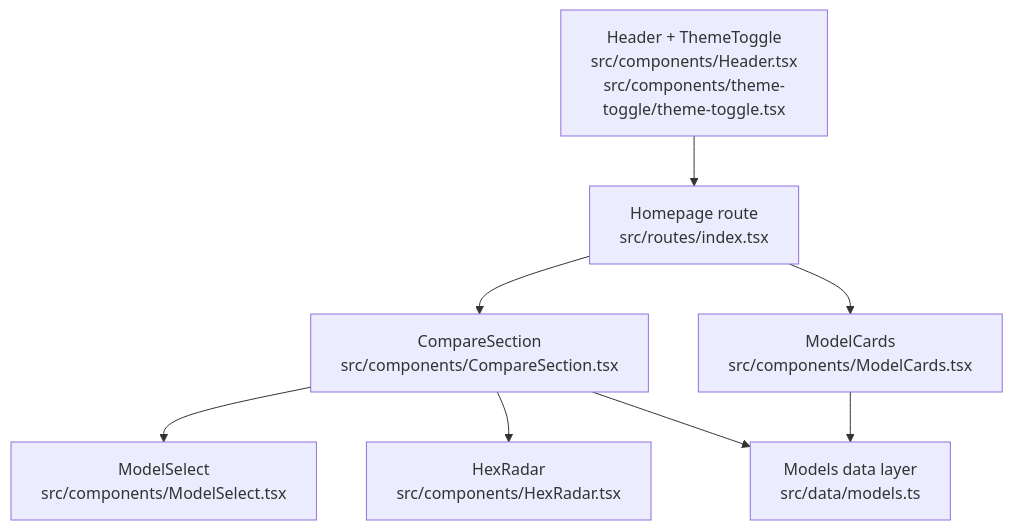
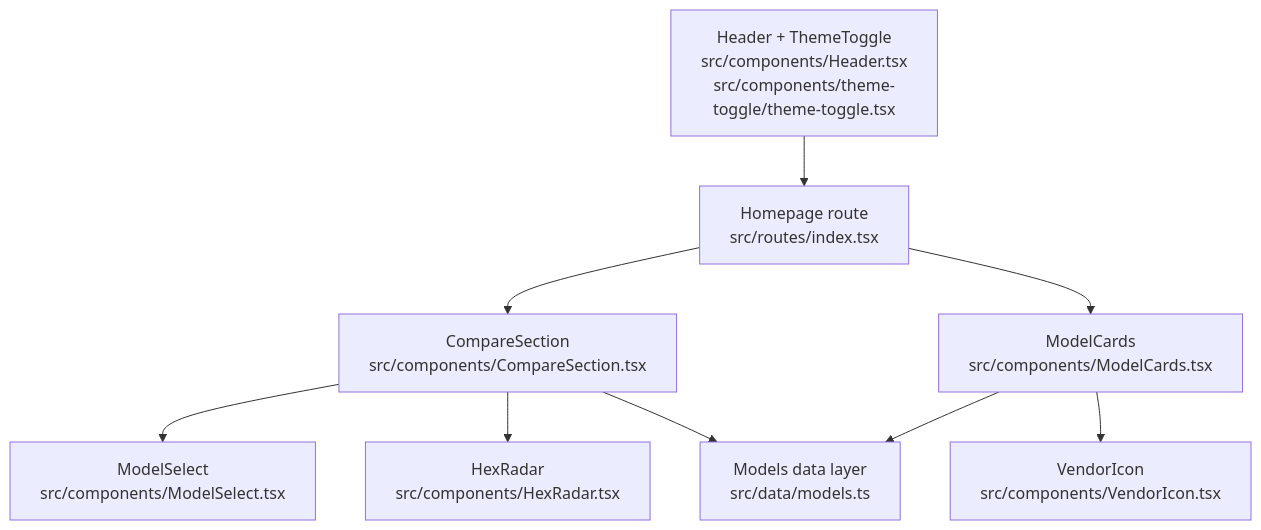
The first of 5 diagrams in .qoder/repowiki/en/content/User Interface Components/User Interface Components.md (delirium-dj/modelcomp), drawn with Mermaid before and after one commit. The commit also changed other lines of this file and 141 other files, not shown here.

````diff
--- a/.qoder/repowiki/en/content/User Interface Components/User Interface Components.md
+++ b/.qoder/repowiki/en/content/User Interface Components/User Interface Components.md
@@ -41,10 +51,11 @@
 ```mermaid
 graph TB
 Route["Homepage route<br/>src/routes/index.tsx"] --> Compare["CompareSection<br/>src/components/CompareSection.tsx"]
 Route --> Cards["ModelCards<br/>src/components/ModelCards.tsx"]
 Compare --> Select["ModelSelect<br/>src/components/ModelSelect.tsx"]
 Compare --> Radar["HexRadar<br/>src/components/HexRadar.tsx"]
+Cards --> Vendor["VendorIcon<br/>src/components/VendorIcon.tsx"]
 Compare --> Data["Models data layer<br/>src/data/models.ts"]
 Cards --> Data
 Header["Header + ThemeToggle<br/>src/components/Header.tsx<br/>src/components/theme-toggle/theme-toggle.tsx"] --> Route
 ```
````
